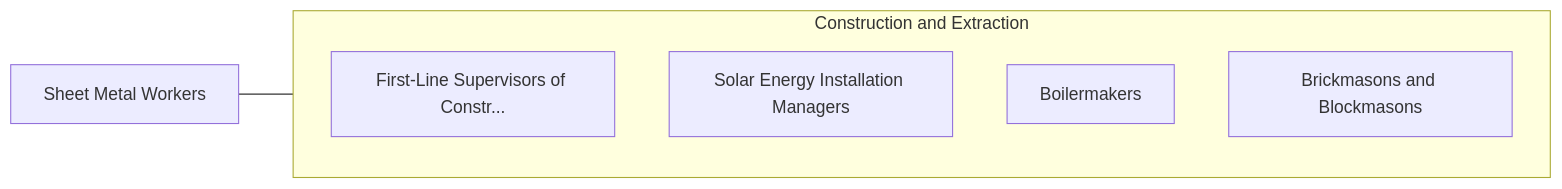
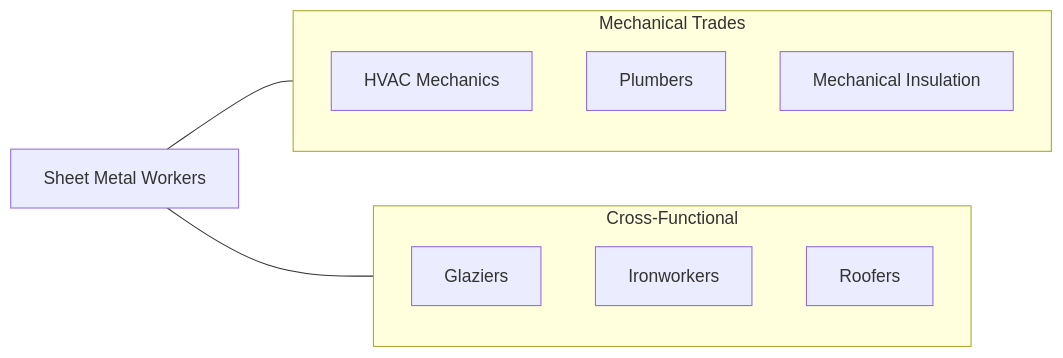
Before and after one commit to kziemski/business.org.ai: the fourth of 4 diagrams in occupations/Construction/SheetMetalWorkers.mdx, drawn with Mermaid. The commit also changed other lines of this file and 938 other files, not shown here.

````diff
--- a/occupations/Construction/SheetMetalWorkers.mdx
+++ b/occupations/Construction/SheetMetalWorkers.mdx
@@ -110,13 +190,16 @@
 ```mermaid
 graph LR
     Current["Sheet Metal Workers"]
-
-    subgraph SameCategory["Construction and Extraction"]
-        FirstLineSupervisors["First-Line Supervisors of Constr..."]
-        SolarEnergyInstallat["Solar Energy Installation Managers"]
-        Boilermakers["Boilermakers"]
-        BrickmasonsAndBlockm["Brickmasons and Blockmasons"]
+    subgraph Same["Mechanical Trades"]
+        HVAC["HVAC Mechanics"]
+        Plumber["Plumbers"]
+        MechIns["Mechanical Insulation"]
     end
-
-    Current --- SameCategory
+    subgraph Cross["Cross-Functional"]
+        Glazier["Glaziers"]
+        Iron["Ironworkers"]
+        Roofer["Roofers"]
+    end
+    Current --- Same
+    Current --- Cross
 ```
````
